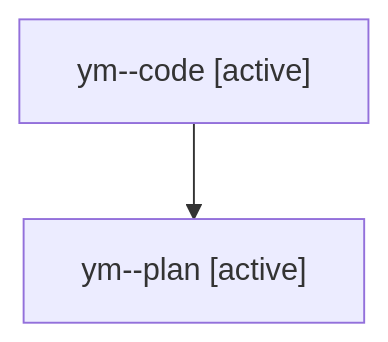
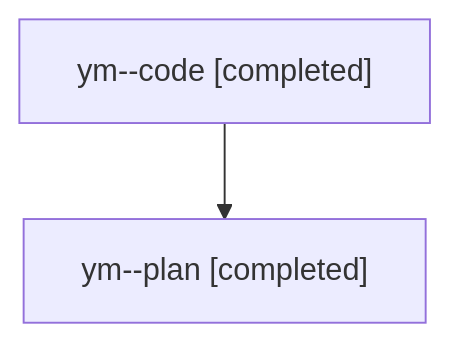
One commit to sase-org/sase--agents changed the diagram in families/bbugyi200.athena.ym.md. Above: the diagram before and after it, drawn with Mermaid. The commit also changed other lines of this file and 1973 other files, not shown here.

````diff
--- a/families/bbugyi200.athena.ym.md
+++ b/families/bbugyi200.athena.ym.md
@@ -9,6 +9,6 @@
 ```mermaid
 flowchart TD
-  n0["ym--code [active]"]
-  n1["ym--plan [active]"]
+  n0["ym--code [completed]"]
+  n1["ym--plan [completed]"]
   n0 --> n1
 ```
````
